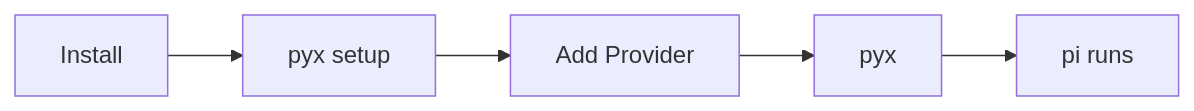
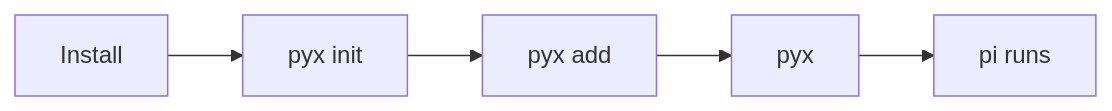
Before and after one commit to dkmnx/pyx: the diagram in docs/guides/getting-started.md, drawn with Mermaid. The commit also changed 13 other files, not shown here.

````diff
--- a/docs/guides/getting-started.md
+++ b/docs/guides/getting-started.md
@@ -87,7 +87,7 @@
 ```mermaid
 graph LR
-    A[Install] --> B[pyx setup]
-    B --> C[Add Provider]
+    A[Install] --> B[pyx init]
+    B --> C[pyx add]
     C --> D[pyx]
     D --> E[pi runs]
 ```
````
